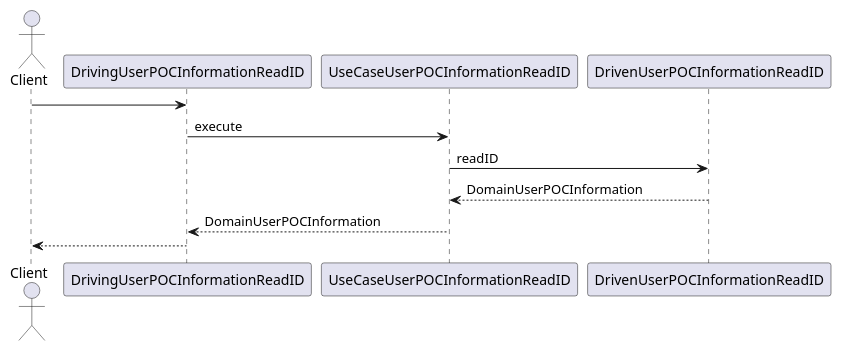
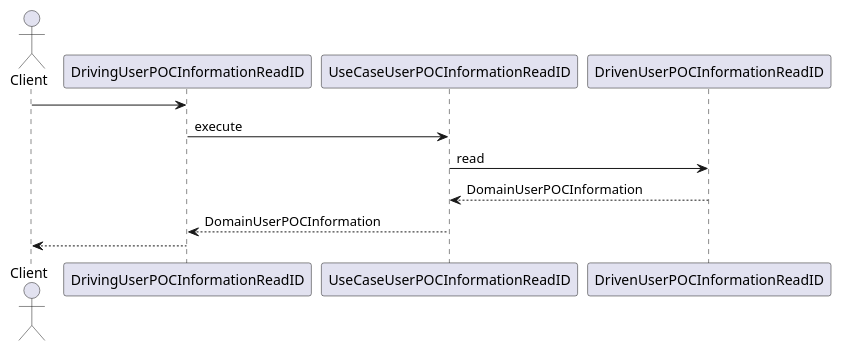
One commit to smhmayboudi/hono-poc changed the diagram in src/domain/user-poc-information/application/use-case/user-poc-information-read-id.puml. Above: the diagram before and after it, drawn with PlantUML. The commit also changed 14 other files, not shown here.

```diff
--- a/src/domain/user-poc-information/application/use-case/user-poc-information-read-id.puml
+++ b/src/domain/user-poc-information/application/use-case/user-poc-information-read-id.puml
@@ -1,9 +1,9 @@
 @startuml UserPOCInformation UseCase ReadID
 actor Client
 Client -> DrivingUserPOCInformationReadID
 DrivingUserPOCInformationReadID -> UseCaseUserPOCInformationReadID: execute
-UseCaseUserPOCInformationReadID -> DrivenUserPOCInformationReadID: readID
+UseCaseUserPOCInformationReadID -> DrivenUserPOCInformationReadID: read
 DrivenUserPOCInformationReadID --> UseCaseUserPOCInformationReadID: DomainUserPOCInformation
 UseCaseUserPOCInformationReadID --> DrivingUserPOCInformationReadID: DomainUserPOCInformation
 DrivingUserPOCInformationReadID --> Client
 @enduml
```
